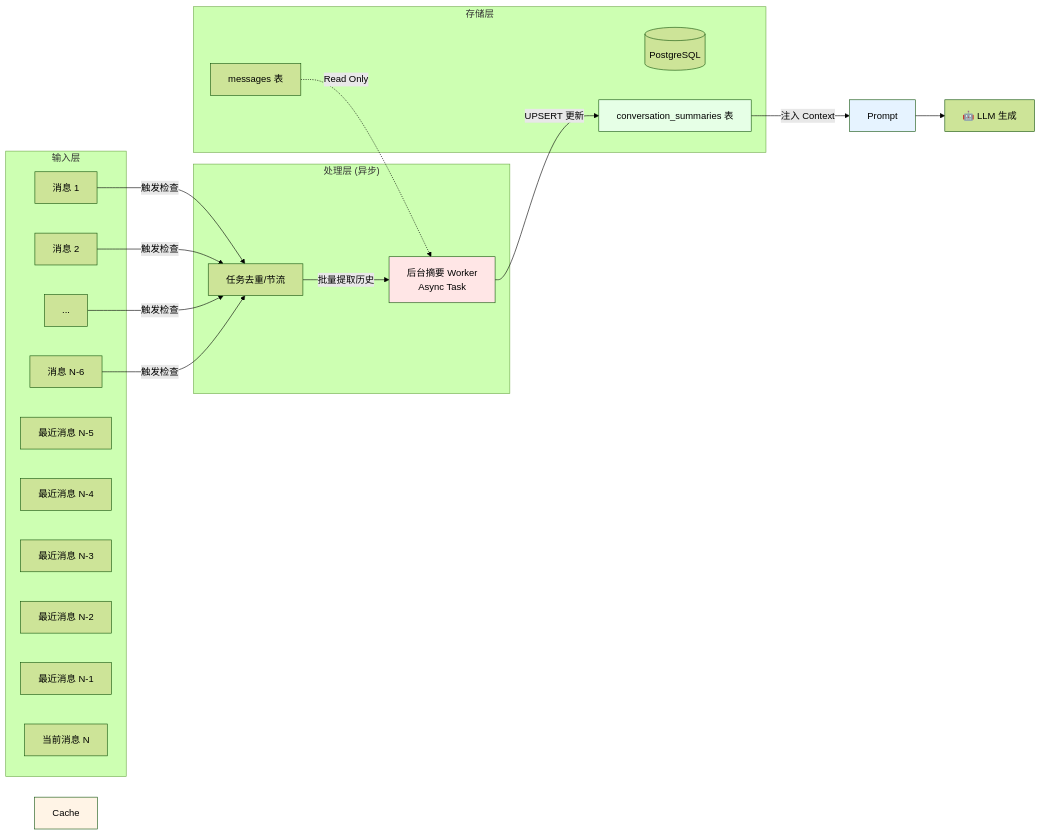
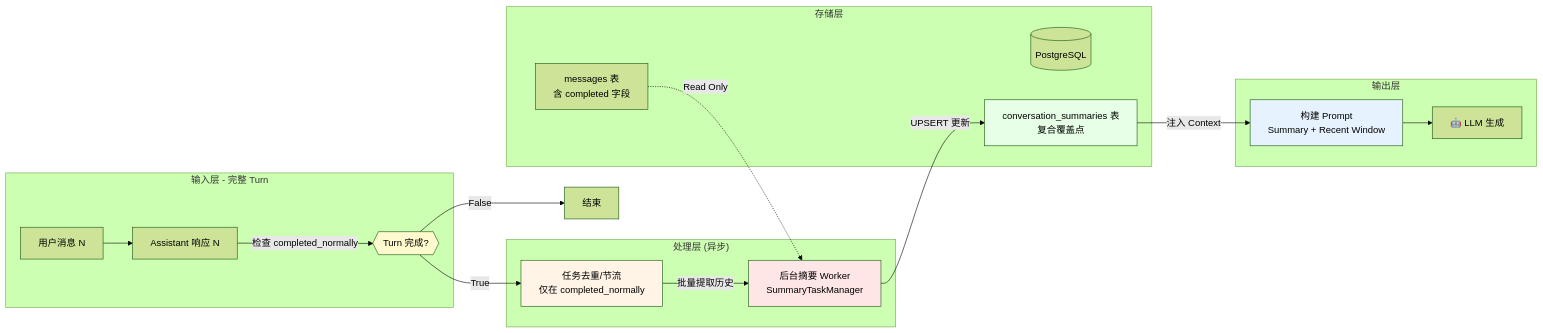
Before and after one commit to stormJun/movie_agent: the first of 9 diagrams in docs/1.1.4/1.1.4.1/chat-history-evolution.md, drawn with Mermaid (forest theme). The commit also changed other lines of this file and 43 other files, not shown here.

````diff
--- a/docs/1.1.4/1.1.4.1/chat-history-evolution.md
+++ b/docs/1.1.4/1.1.4.1/chat-history-evolution.md
@@ -141,39 +1264,42 @@
 ```mermaid
 flowchart LR
-    subgraph Input["输入层"]
-        Msg1[消息 1]
-        Msg2[消息 2]
-        Msg3[...]
-        MsgN[消息 N-6]
-        Rec1[最近消息 N-5]
-        Rec2[最近消息 N-4]
-        Rec3[最近消息 N-3]
-        Rec4[最近消息 N-2]
-        Rec5[最近消息 N-1]
-        Rec6[当前消息 N]
+    subgraph Input["输入层 - 完整 Turn"]
+        UserMsg[用户消息 N]
+        AssistMsg[Assistant 响应 N]
+        TurnEnd{{Turn 完成?}}
     end
 
     subgraph Process["处理层 (异步)"]
-        Summ[后台摘要 Worker<br/>Async Task]
-        Queue[任务去重/节流]
+        Queue[任务去重/节流<br/>仅在 completed_normally]
+        Summ[后台摘要 Worker<br/>SummaryTaskManager]
     end
 
     subgraph Storage["存储层"]
         DB[(PostgreSQL)]
-        Table1[messages 表]
-        Table2[conversation_summaries 表]
+        Table1[messages 表<br/>含 completed 字段]
+        Table2[conversation_summaries 表<br/>复合覆盖点]
     end
 
-    Msg1 & Msg2 & Msg3 & MsgN -->|触发检查| Queue
+    subgraph Output["输出层"]
+        Prompt[构建 Prompt<br/>Summary + Recent Window]
+        LLM[🤖 LLM 生成]
+    end
+
+    UserMsg --> AssistMsg
+    AssistMsg -->|检查 completed_normally| TurnEnd
+    TurnEnd -->|True| Queue
+    TurnEnd -->|False| End1[结束]
+
     Queue -->|批量提取历史| Summ
     Summ -->|UPSERT 更新| Table2
-    
+
     Table1 -.->|Read Only| Summ
     Table2 -->|注入 Context| Prompt
-    Prompt --> LLM[🤖 LLM 生成]
+    Prompt --> LLM
 
     style Summ fill:#ffe6e6
-    style Cache fill:#fff4e6
+    style Queue fill:#fff4e6
     style Prompt fill:#e6f3ff
     style Table2 fill:#e6ffe6
+    style TurnEnd fill:#fffacd
 ```
````
